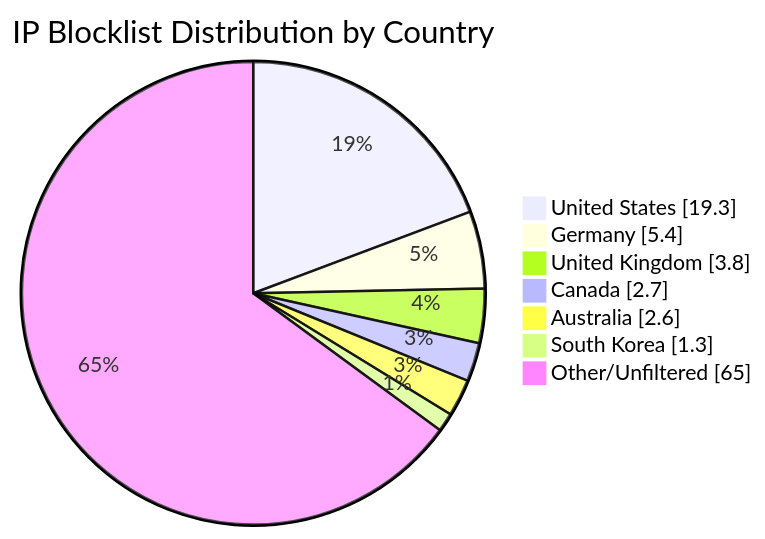
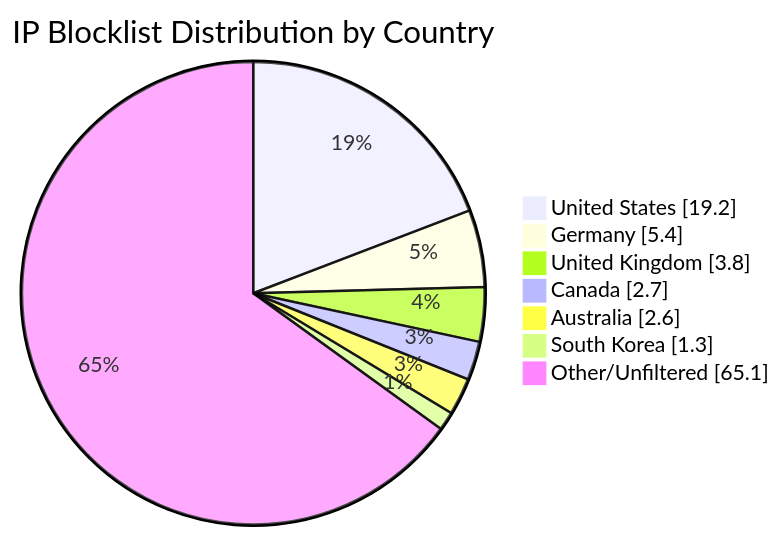
The diagram in README.md (MarcusHoltz/ipblocklist-geofiltered-aggregator), drawn with Mermaid before and after one commit. The commit also changed other lines of this file and 9 other files, not shown here.

````diff
--- a/README.md
+++ b/README.md
@@ -34,10 +34,10 @@
 ```mermaid
 pie showData title IP Blocklist Distribution by Country
-"United States" : 19.3
+"United States" : 19.2
 "Germany" : 5.4
 "United Kingdom" : 3.8
 "Canada" : 2.7
 "Australia" : 2.6
 "South Korea" : 1.3
-"Other/Unfiltered" : 65.0
+"Other/Unfiltered" : 65.1
 ```
````
